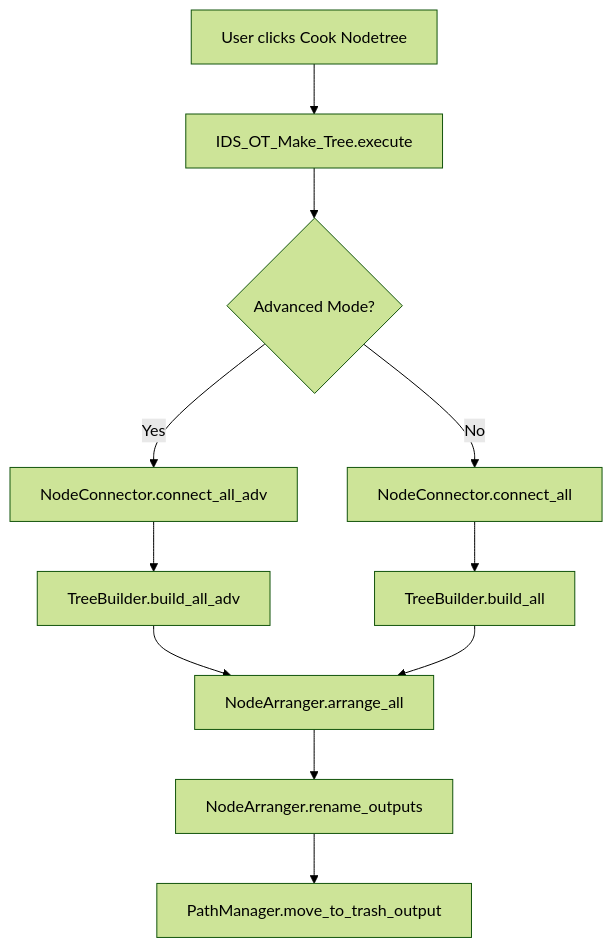
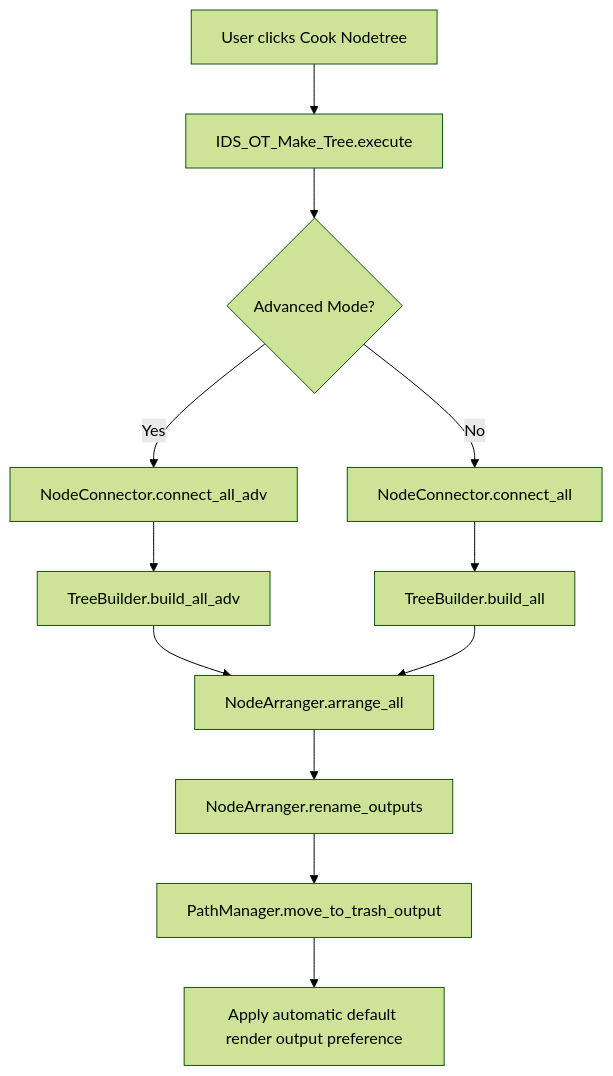
Before and after one commit to RolandVyens/Industrial-AOV-Connector: the diagram in AGENT.md, drawn with Mermaid (forest theme). The commit also changed other lines of this file and 8 other files, not shown here.

Commit message:
Add automatic default render output control for 5.3.0

````diff
--- a/AGENT.md
+++ b/AGENT.md
@@ -171,13 +171,14 @@
 ```mermaid
 graph TD
     A[User clicks Cook Nodetree] --> B[IDS_OT_Make_Tree.execute]
     B --> C{Advanced Mode?}
     C -->|Yes| D[NodeConnector.connect_all_adv]
     C -->|No| E[NodeConnector.connect_all]
     D --> F[TreeBuilder.build_all_adv]
     E --> G[TreeBuilder.build_all]
     F --> H[NodeArranger.arrange_all]
     G --> H
     H --> I[NodeArranger.rename_outputs]
     I --> J[PathManager.move_to_trash_output]
+    J --> K[Apply automatic default render output preference]
 ```
````
